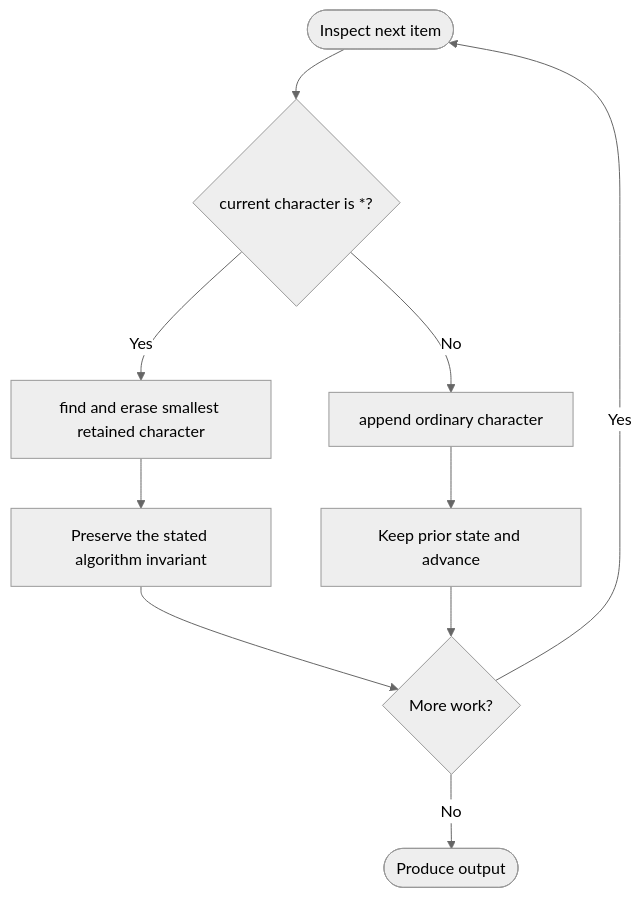
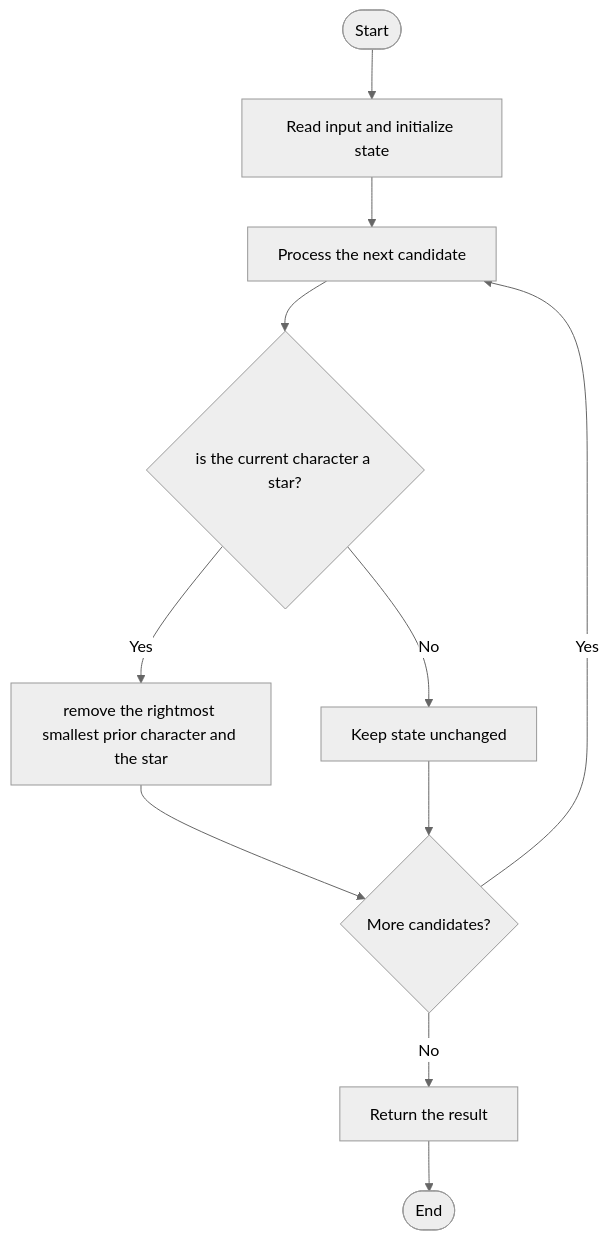
The diagram in LeetCode/3170/README.md (SAIDEEPBHANGE/C-CPP-Codes), drawn with Mermaid (neutral theme) before and after one commit. The commit also changed other lines of this file and 196 other files, not shown here.

````diff
--- a/LeetCode/3170/README.md
+++ b/LeetCode/3170/README.md
@@ -28,12 +27,13 @@
 ```mermaid
 flowchart TD
-    A([Inspect next item]) --> B{current character is *?}
-    B -- Yes --> C[find and erase smallest retained character]
-    B -- No --> D[append ordinary character]
-    C --> E[Preserve the stated algorithm invariant]
-    D --> F[Keep prior state and advance]
-    E --> G{More work?}
+    A([Start]) --> B[Read input and initialize state]
+    B --> C[Process the next candidate]
+    C --> D{is the current character a star?}
+    D -->|Yes| E[remove the rightmost smallest prior character and the star]
+    D -->|No| F[Keep state unchanged]
+    E --> G{More candidates?}
     F --> G
-    G -- Yes --> A
-    G -- No --> H([Produce output])
+    G -->|Yes| C
+    G -->|No| H[Return the result]
+    H --> I([End])
 ```
````
